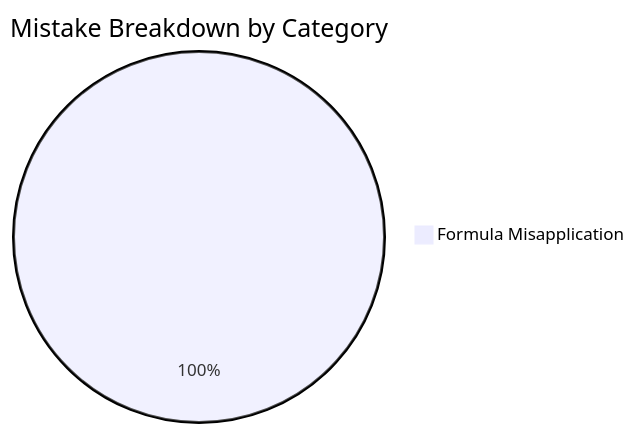
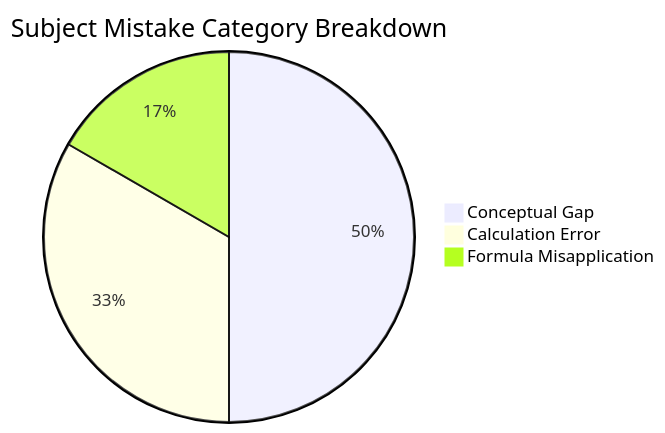
The sixth of 6 diagrams in content/cds/elementary-mathematics/question_db.md (skc-coder/SAGE), drawn with Mermaid before and after one commit. The commit also changed other lines of this file and 1 other file, not shown here.

First line of the commit message:
feat(skill): elevate question_db to subject-level central taxonomy with complete analytics suite

````diff
--- a/content/cds/elementary-mathematics/question_db.md
+++ b/content/cds/elementary-mathematics/question_db.md
@@ -5,4 +66,6 @@
 ```mermaid
-pie title Mistake Breakdown by Category
+pie title Subject Mistake Category Breakdown
+    "Conceptual Gap" : 3
+    "Calculation Error" : 2
     "Formula Misapplication" : 1
 ```
````
